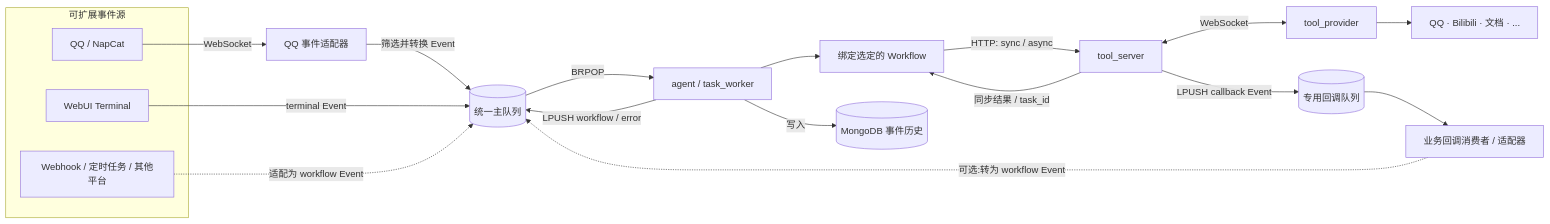
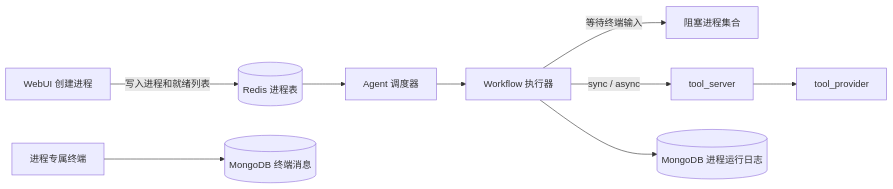
Before and after one commit to g-Ironfox/AAgent: the diagram in README.md, drawn with Mermaid. The commit also changed other lines of this file and 85 other files, not shown here.

````diff
--- a/README.md
+++ b/README.md
@@ -71,23 +69,11 @@
 ```mermaid
 flowchart LR
-    subgraph Sources[可扩展事件源]
-        QQ[QQ / NapCat]
-        Terminal[WebUI Terminal]
-        Future[Webhook / 定时任务 / 其他平台]
-    end
-    QQ -->|WebSocket| QQAdapter[QQ 事件适配器]
-    QQAdapter -->|筛选并转换 Event| MainQueue[(统一主队列)]
-    Terminal -->|terminal Event| MainQueue
-    Future -.->|适配为 workflow Event| MainQueue
-    MainQueue -->|BRPOP| Agent[agent / task_worker]
-    Agent --> Workflow[绑定选定的 Workflow]
-    Workflow -->|HTTP: sync / async| ToolServer[tool_server]
-    ToolServer -->|同步结果 / task_id| Workflow
-    ToolServer <-->|WebSocket| Provider[tool_provider]
-    Provider --> Ext[QQ · Bilibili · 文档 · ...]
-    ToolServer -->|LPUSH callback Event| CallbackQueue[(专用回调队列)]
-    CallbackQueue --> CallbackAdapter[业务回调消费者 / 适配器]
-    CallbackAdapter -.->|可选:转为 workflow Event| MainQueue
-    Agent -->|写入| History[(MongoDB 事件历史)]
-    Agent -->|LPUSH workflow / error| MainQueue
+    WebUI[WebUI 创建进程] -->|写入进程和就绪列表| Redis[(Redis 进程表)]
+    Redis --> Scheduler[Agent 调度器]
+    Scheduler --> Executor[Workflow 执行器]
+    Executor -->|等待终端输入| Blocked[阻塞进程集合]
+    Terminal[进程专属终端] --> Messages[(MongoDB 终端消息)]
+    Executor -->|sync / async| ToolServer[tool_server]
+    ToolServer --> Provider[tool_provider]
+    Executor --> Logs[(MongoDB 进程运行日志)]
 ```
````
